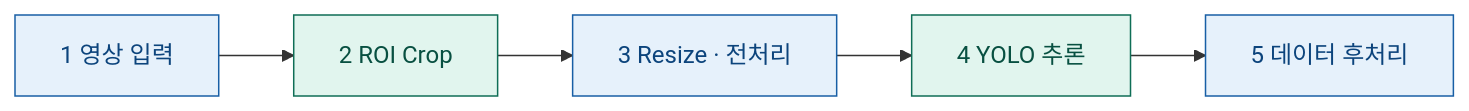
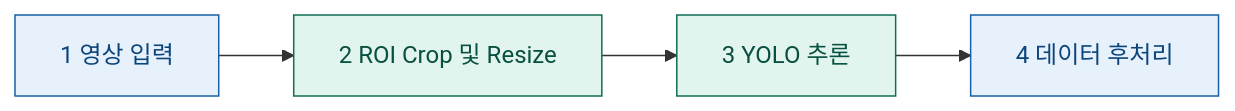
Before and after one commit to Sogang-Univ/fake_seat_detection_02: the first of 2 diagrams in README.md, drawn with Mermaid.

````diff
--- a/README.md
+++ b/README.md
@@ -21,11 +21,10 @@
 ```mermaid
 flowchart LR
-    A[1 영상 입력] --> B[2 ROI Crop]
-    B --> C[3 Resize · 전처리]
-    C --> D[4 YOLO 추론]
-    D --> E[5 데이터 후처리]
+    A[1 영상 입력] --> B[2 ROI Crop 및 Resize]
+    B --> C[3 YOLO 추론]
+    C --> D[4 데이터 후처리]
     classDef ps fill:#E6F1FB,stroke:#185FA5,color:#0C447C
     classDef pl fill:#E1F5EE,stroke:#0F6E56,color:#085041
-    class A,C,E ps
-    class B,D pl
+    class A,D ps
+    class B,C pl
 ```
````
